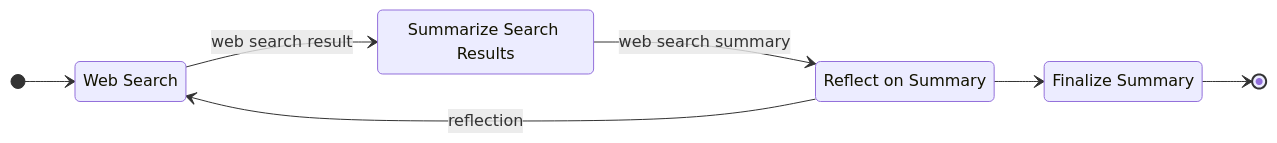
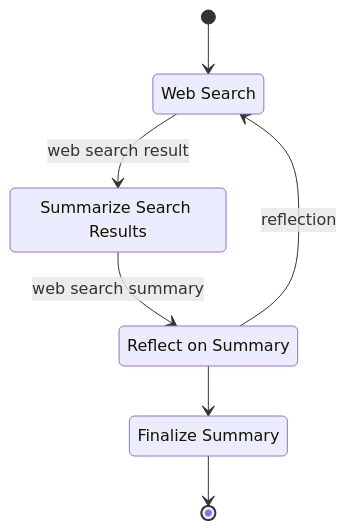
One commit to lars20070/deepresearcher2 changed the diagram in README.md. Above: the diagram before and after it, drawn with Mermaid.

Commit message:
change orientation

````diff
--- a/README.md
+++ b/README.md
@@ -21,14 +21,13 @@
 ``` mermaid
 stateDiagram-v2
-    direction LR
     WebSearch: Web Search
     SummarizeSearchResults: Summarize Search Results
     ReflectOnSummary: Reflect on Summary
     FinalizeSummary: Finalize Summary
     [*] --> WebSearch
     WebSearch --> SummarizeSearchResults: web search result
     SummarizeSearchResults --> ReflectOnSummary: web search summary
     ReflectOnSummary --> WebSearch: reflection
     ReflectOnSummary --> FinalizeSummary
     FinalizeSummary --> [*]
 ```
````
